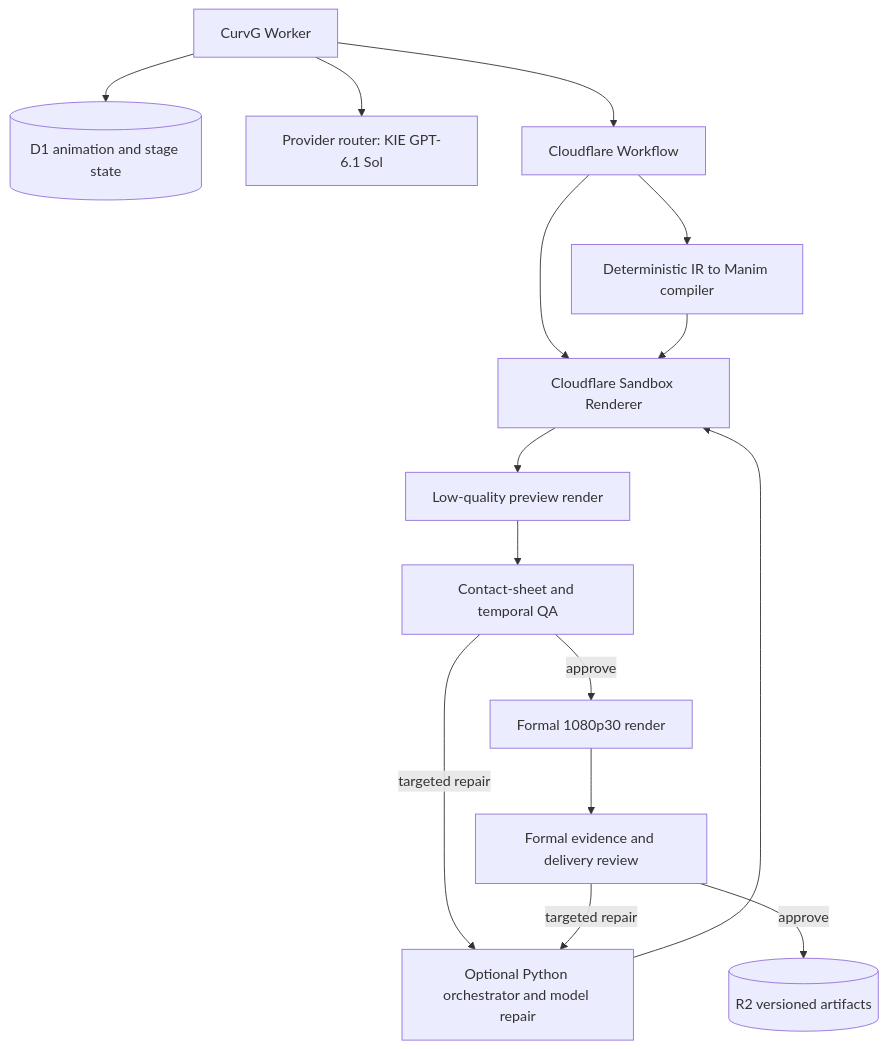
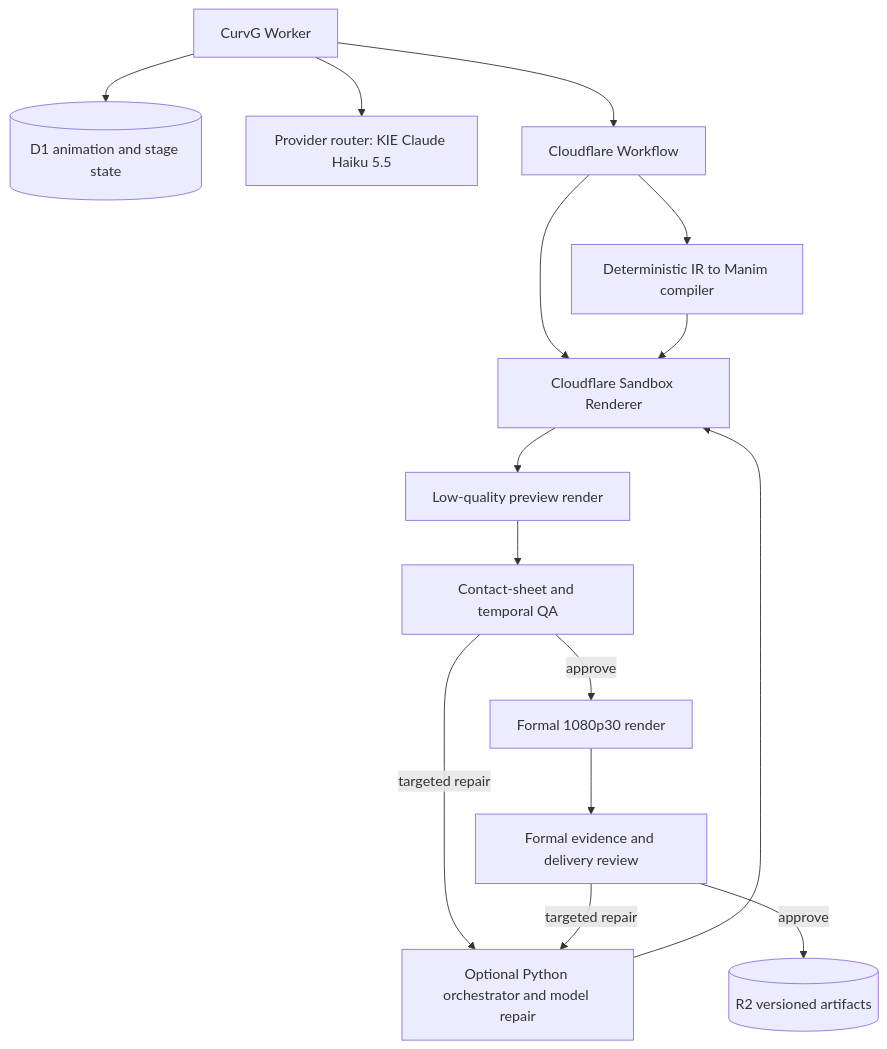
Before and after one commit to geektao1024/CurvG: the diagram in docs/ANIMATION_ORCHESTRATION.md, drawn with Mermaid. The commit also changed other lines of this file and 245 other files, not shown here.

````diff
--- a/docs/ANIMATION_ORCHESTRATION.md
+++ b/docs/ANIMATION_ORCHESTRATION.md
@@ -5,17 +5,17 @@
 ```mermaid
 flowchart TD
   A[CurvG Worker] --> B[(D1 animation and stage state)]
-  A --> C[Provider router: KIE GPT-6.1 Sol]
+  A --> C[Provider router: KIE Claude Haiku 5.5]
   A --> D[Cloudflare Workflow]
   D --> E[Deterministic IR to Manim compiler]
   D --> I[Cloudflare Sandbox Renderer]
   E --> I
   I --> J[Low-quality preview render]
   J --> K[Contact-sheet and temporal QA]
   K -->|targeted repair| N[Optional Python orchestrator and model repair]
   N --> I
   K -->|approve| L[Formal 1080p30 render]
   L --> O[Formal evidence and delivery review]
   O -->|targeted repair| N
   O -->|approve| M[(R2 versioned artifacts)]
 ```
````
